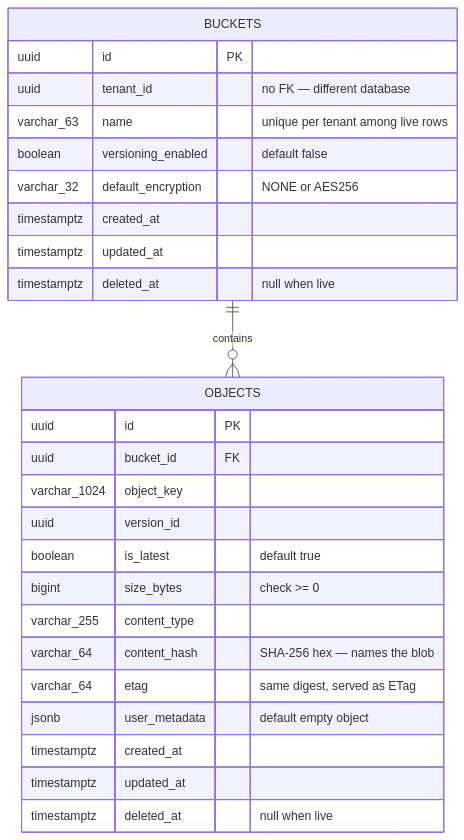
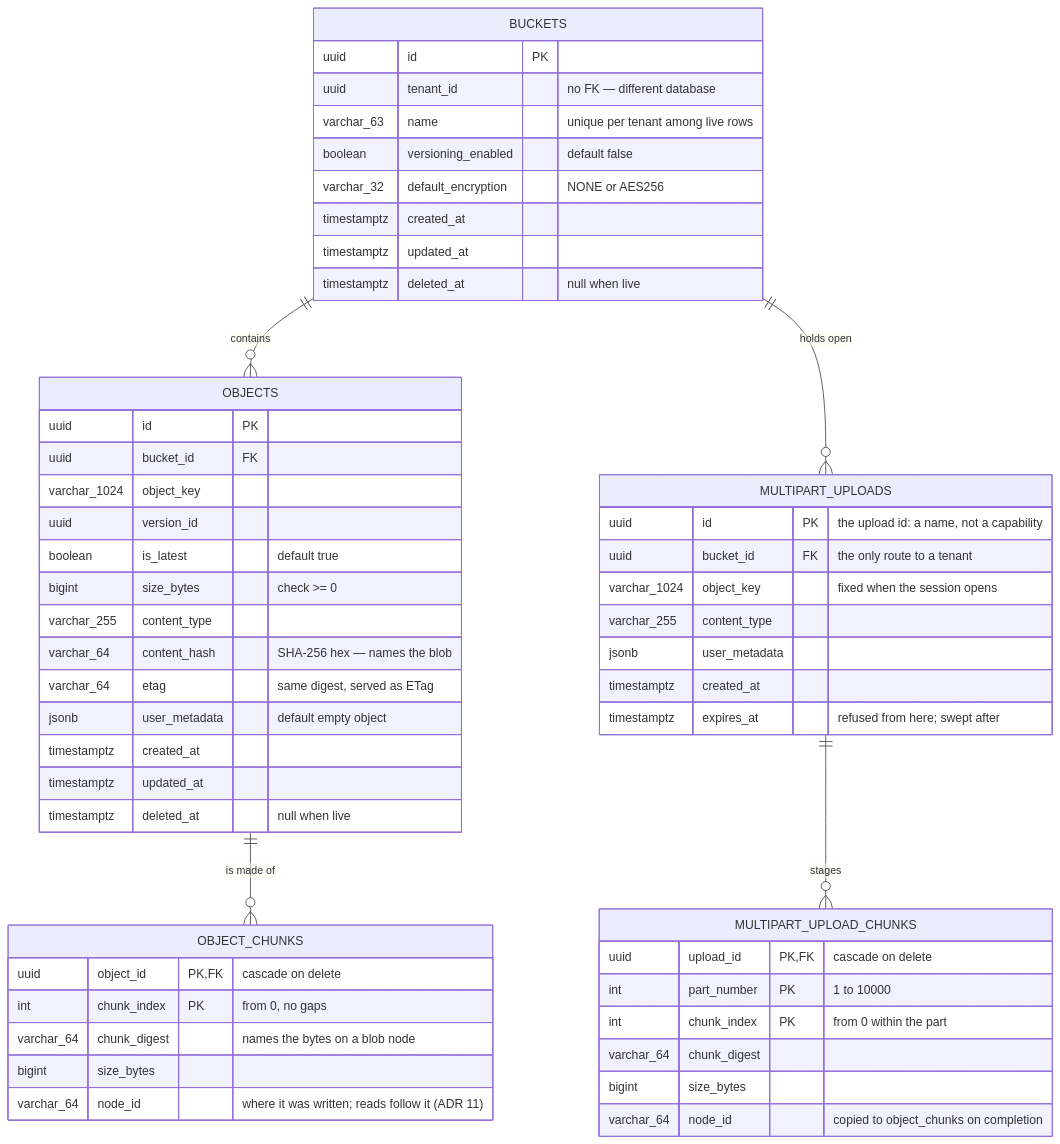
Before and after one commit to Samarateja0118/distributed-object-storage: the second of 3 diagrams in docs/erd.md, drawn with Mermaid. The commit also changed other lines of this file and 4 other files, not shown here.

First line of the commit message:
Document multipart upload and close out Phase 2

````diff
--- a/docs/erd.md
+++ b/docs/erd.md
@@ -58,31 +60,61 @@
 ```mermaid
 erDiagram
     BUCKETS ||--o{ OBJECTS : "contains"
+    OBJECTS ||--o{ OBJECT_CHUNKS : "is made of"
+    BUCKETS ||--o{ MULTIPART_UPLOADS : "holds open"
+    MULTIPART_UPLOADS ||--o{ MULTIPART_UPLOAD_CHUNKS : "stages"
 
     BUCKETS {
         uuid id PK
         uuid tenant_id "no FK — different database"
         varchar_63 name "unique per tenant among live rows"
         boolean versioning_enabled "default false"
         varchar_32 default_encryption "NONE or AES256"
         timestamptz created_at
         timestamptz updated_at
         timestamptz deleted_at "null when live"
     }
 
     OBJECTS {
         uuid id PK
         uuid bucket_id FK
         varchar_1024 object_key
         uuid version_id
         boolean is_latest "default true"
         bigint size_bytes "check >= 0"
         varchar_255 content_type
         varchar_64 content_hash "SHA-256 hex — names the blob"
         varchar_64 etag "same digest, served as ETag"
         jsonb user_metadata "default empty object"
         timestamptz created_at
         timestamptz updated_at
         timestamptz deleted_at "null when live"
     }
+
+    OBJECT_CHUNKS {
+        uuid object_id PK,FK "cascade on delete"
+        int chunk_index PK "from 0, no gaps"
+        varchar_64 chunk_digest "names the bytes on a blob node"
+        bigint size_bytes
+        varchar_64 node_id "where it was written; reads follow it (ADR 11)"
+    }
+
+    MULTIPART_UPLOADS {
+        uuid id PK "the upload id: a name, not a capability"
+        uuid bucket_id FK "the only route to a tenant"
+        varchar_1024 object_key "fixed when the session opens"
+        varchar_255 content_type
+        jsonb user_metadata
+        timestamptz created_at
+        timestamptz expires_at "refused from here; swept after"
+    }
+
+    MULTIPART_UPLOAD_CHUNKS {
+        uuid upload_id PK,FK "cascade on delete"
+        int part_number PK "1 to 10000"
+        int chunk_index PK "from 0 within the part"
+        varchar_64 chunk_digest
+        bigint size_bytes
+        varchar_64 node_id "copied to object_chunks on completion"
+    }
 ```
````
